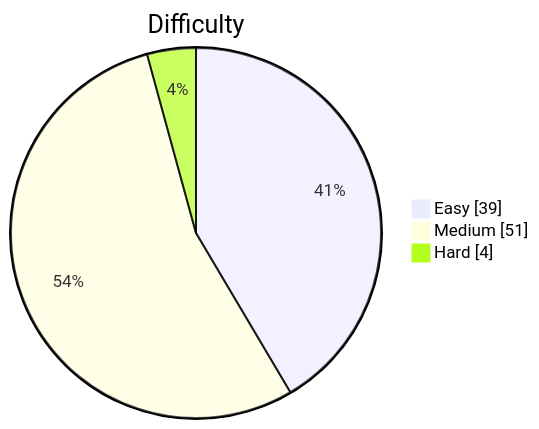
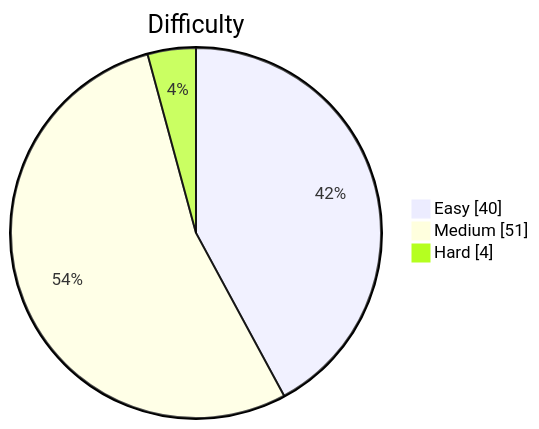
One commit to kevstevie/python-algo-practice changed the diagram in README.md. Above: the diagram before and after it, drawn with Mermaid. The commit also changed other lines of this file, not shown here.

Commit message:
docs: update README stats (95 problems)

````diff
--- a/README.md
+++ b/README.md
@@ -13,7 +13,7 @@
 ```mermaid
 pie showData
     title Difficulty
-    "Easy"   : 39
+    "Easy"   : 40
     "Medium" : 51
     "Hard"   : 4
 ```
````
